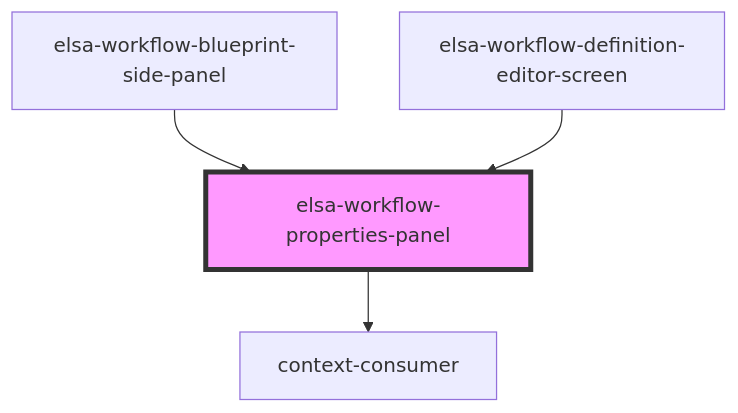
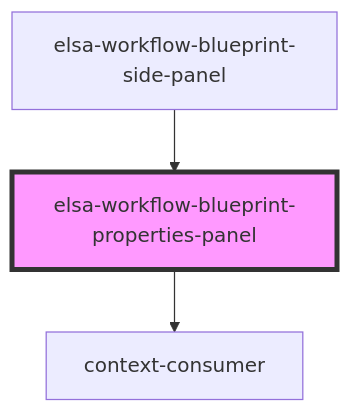
The diagram in src/designer/elsa-workflows-studio/src/components/screens/workflow-blueprint-viewer/elsa-workflow-blueprint-properties-panel/readme.md (elsa-workflows/elsa-core), drawn with Mermaid before and after one commit. The commit also changed other lines of this file and 17 other files, not shown here.

````diff
--- a/src/designer/elsa-workflows-studio/src/components/screens/workflow-blueprint-viewer/elsa-workflow-blueprint-properties-panel/readme.md
+++ b/src/designer/elsa-workflows-studio/src/components/screens/workflow-blueprint-viewer/elsa-workflow-blueprint-properties-panel/readme.md
@@ -30,7 +29,6 @@
 ```mermaid
 graph TD;
-  elsa-workflow-properties-panel --> context-consumer
-  elsa-workflow-blueprint-side-panel --> elsa-workflow-properties-panel
-  elsa-workflow-definition-editor-screen --> elsa-workflow-properties-panel
-  style elsa-workflow-properties-panel fill:#f9f,stroke:#333,stroke-width:4px
+  elsa-workflow-blueprint-properties-panel --> context-consumer
+  elsa-workflow-blueprint-side-panel --> elsa-workflow-blueprint-properties-panel
+  style elsa-workflow-blueprint-properties-panel fill:#f9f,stroke:#333,stroke-width:4px
 ```
````
